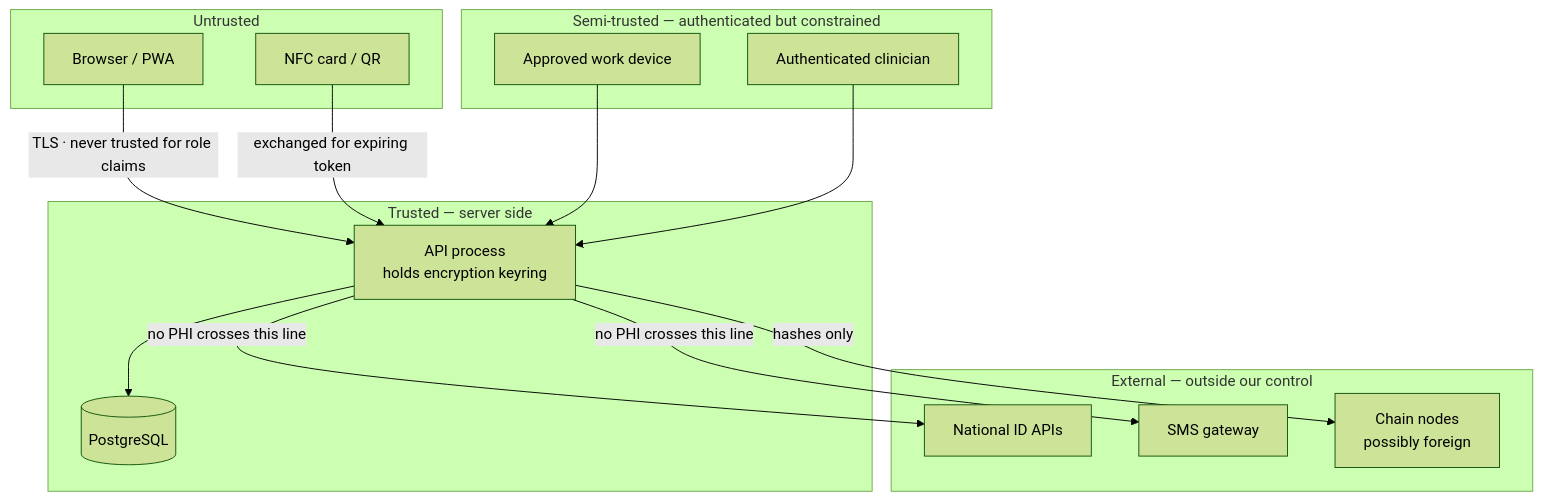
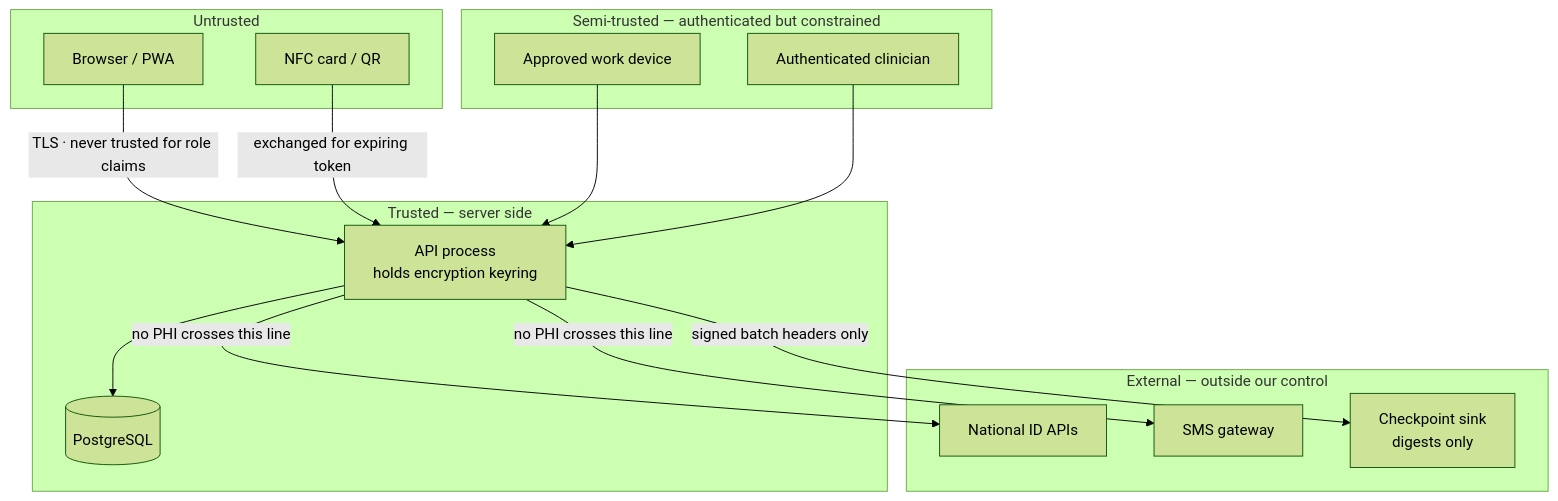
The ninth of 9 diagrams in docs/architecture.md (Lukau-Tech-Invasion/medichain), drawn with Mermaid (forest theme) before and after one commit. The commit also changed other lines of this file and 244 other files, not shown here.

````diff
--- a/docs/architecture.md
+++ b/docs/architecture.md
@@ -423,32 +421,32 @@
 ```mermaid
 flowchart TB
     subgraph untrusted["Untrusted"]
         BROWSER["Browser / PWA"]
         CARD["NFC card / QR"]
     end
 
     subgraph semi["Semi-trusted — authenticated but constrained"]
         DEVICE["Approved work device"]
         STAFF["Authenticated clinician"]
     end
 
     subgraph trusted["Trusted — server side"]
         APIS["API process<br/>holds encryption keyring"]
         DBS[("PostgreSQL")]
     end
 
     subgraph external["External — outside our control"]
         NIDX["National ID APIs"]
         SMSX["SMS gateway"]
-        NODEX["Chain nodes<br/>possibly foreign"]
+        SINKX["Checkpoint sink<br/>digests only"]
     end
 
     BROWSER -->|"TLS · never trusted for role claims"| APIS
     CARD -->|"exchanged for expiring token"| APIS
     DEVICE --> APIS
     STAFF --> APIS
     APIS --> DBS
     APIS -->|"no PHI crosses this line"| NIDX
     APIS -->|"no PHI crosses this line"| SMSX
-    APIS -->|"hashes only"| NODEX
+    APIS -->|"signed batch headers only"| SINKX
 ```
````
